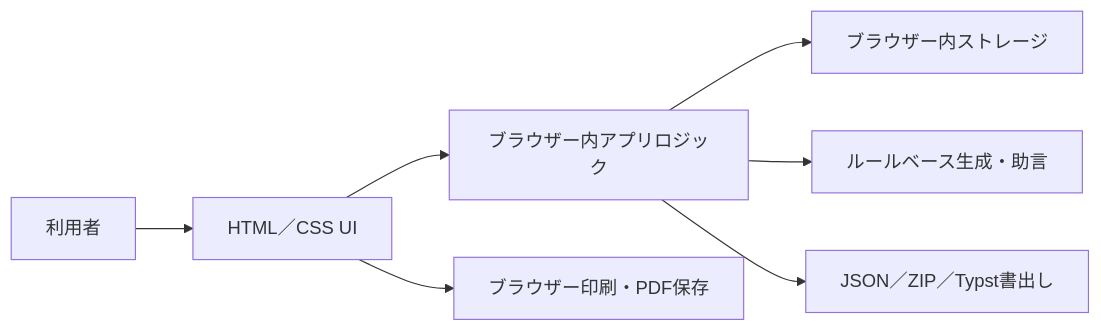
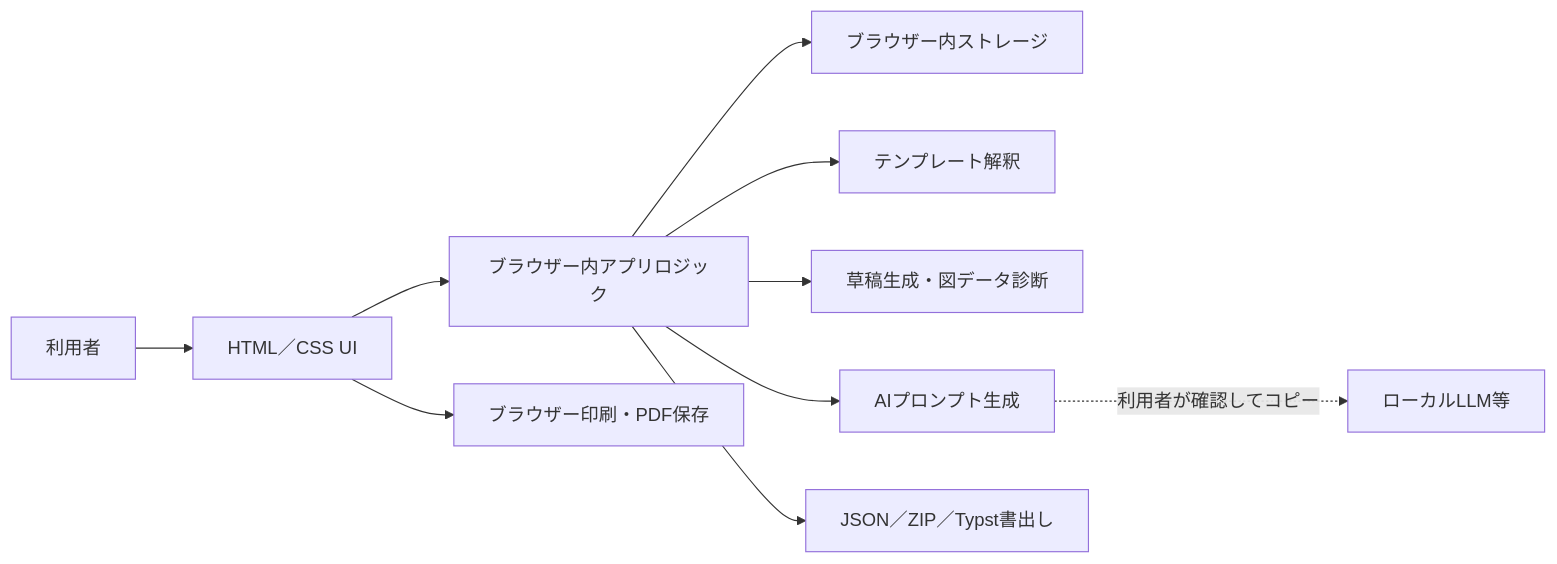
One commit to yuya-0411/paper_tools changed the diagram in docs/architecture.md. Above: the diagram before and after it, drawn with Mermaid. The commit also changed other lines of this file and 21 other files, not shown here.

````diff
--- a/docs/architecture.md
+++ b/docs/architecture.md
@@ -17,9 +17,12 @@
 ```mermaid
 flowchart LR
     U["利用者"] --> UI["HTML／CSS UI"]
     UI --> A["ブラウザー内アプリロジック"]
     A --> S["ブラウザー内ストレージ"]
-    A --> R["ルールベース生成・助言"]
+    A --> T["テンプレート解釈"]
+    A --> R["草稿生成・図データ診断"]
+    A --> L["AIプロンプト生成"]
     A --> E["JSON／ZIP／Typst書出し"]
     UI --> P["ブラウザー印刷・PDF保存"]
+    L -. "利用者が確認してコピー" .-> X["ローカルLLM等"]
 ```
````
